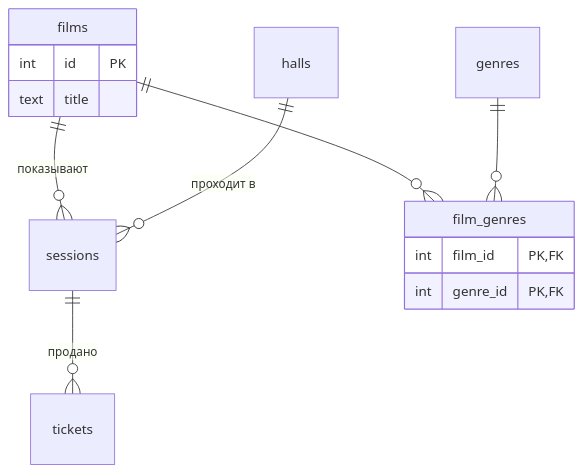
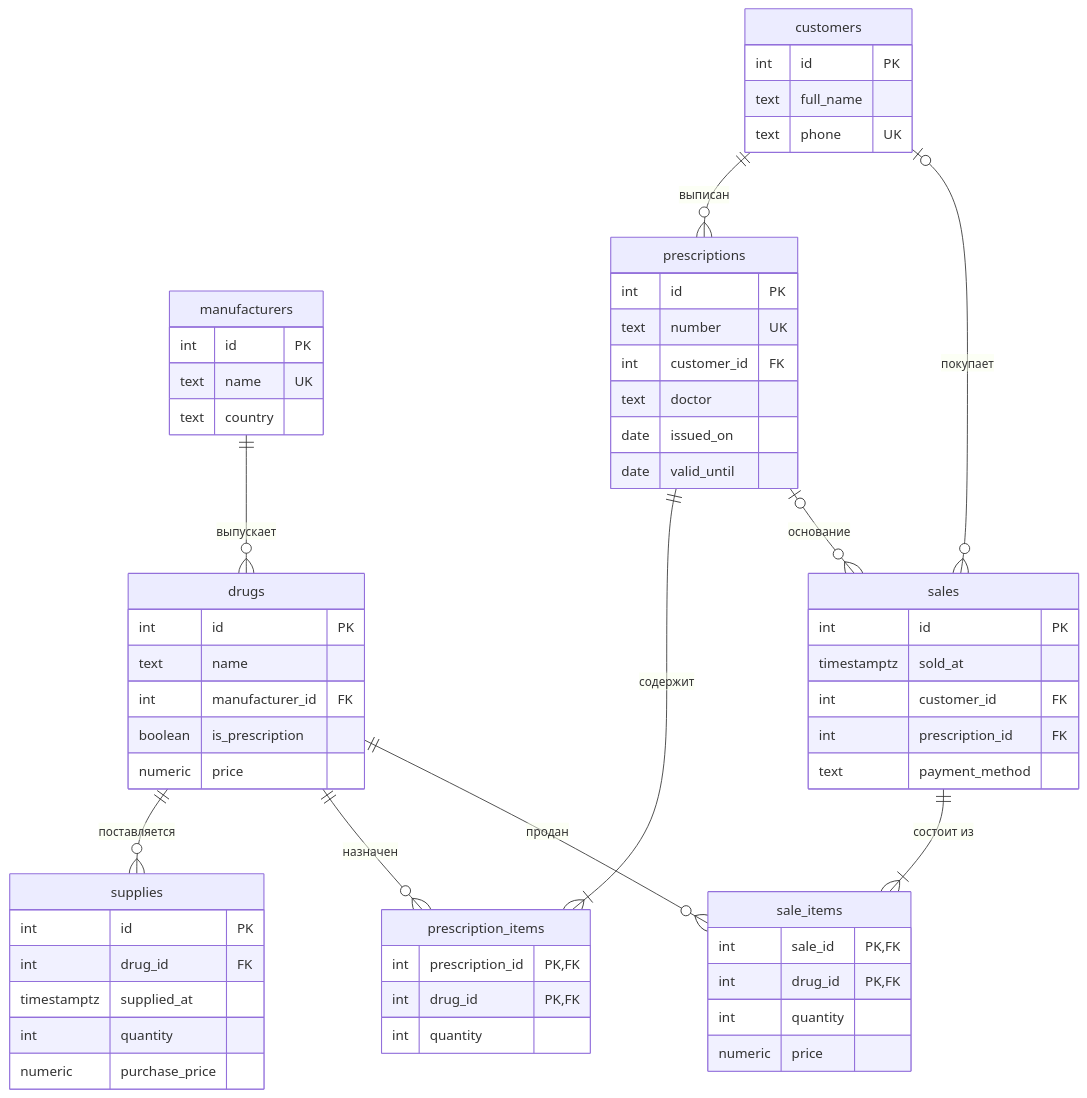
One commit to ammoui/db-Manychkin-apteka changed the diagram in README.md. Above: the diagram before and after it, drawn with Mermaid. The commit also changed other lines of this file and 5 other files, not shown here.

Commit message:
Лаба 1: схема аптеки, данные, демо

````diff
--- a/README.md
+++ b/README.md
@@ -47,17 +39,63 @@
 ```mermaid
 erDiagram
-    films ||--o{ sessions : "показывают"
-    halls ||--o{ sessions : "проходит в"
-    sessions ||--o{ tickets : "продано"
-    films ||--o{ film_genres : ""
-    genres ||--o{ film_genres : ""
+    manufacturers ||--o{ drugs : "выпускает"
+    drugs ||--o{ supplies : "поставляется"
+    customers ||--o{ prescriptions : "выписан"
+    prescriptions ||--|{ prescription_items : "содержит"
+    drugs ||--o{ prescription_items : "назначен"
+    customers |o--o{ sales : "покупает"
+    prescriptions |o--o{ sales : "основание"
+    sales ||--|{ sale_items : "состоит из"
+    drugs ||--o{ sale_items : "продан"
 
-    films {
+    manufacturers {
         int id PK
-        text title
+        text name UK
+        text country
     }
-    film_genres {
-        int film_id PK, FK
-        int genre_id PK, FK
+    drugs {
+        int id PK
+        text name
+        int manufacturer_id FK
+        boolean is_prescription
+        numeric price
+    }
+    customers {
+        int id PK
+        text full_name
+        text phone UK
+    }
+    prescriptions {
+        int id PK
+        text number UK
+        int customer_id FK
+        text doctor
+        date issued_on
+        date valid_until
+    }
+    prescription_items {
+        int prescription_id PK, FK
+        int drug_id PK, FK
+        int quantity
+    }
+    supplies {
+        int id PK
+        int drug_id FK
+        timestamptz supplied_at
+        int quantity
+        numeric purchase_price
+    }
+    sales {
+        int id PK
+        timestamptz sold_at
+        int customer_id FK
+        int prescription_id FK
+        text payment_method
+    }
+    sale_items {
+        int sale_id PK, FK
+        int drug_id PK, FK
+        int quantity
+        numeric price
     }
 ```
````
